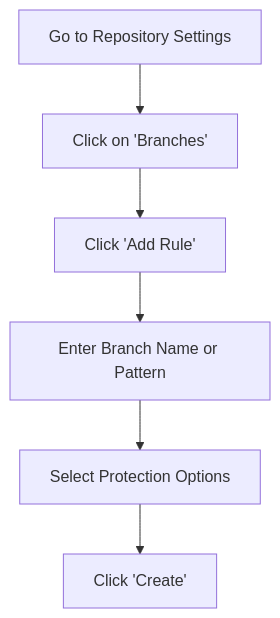
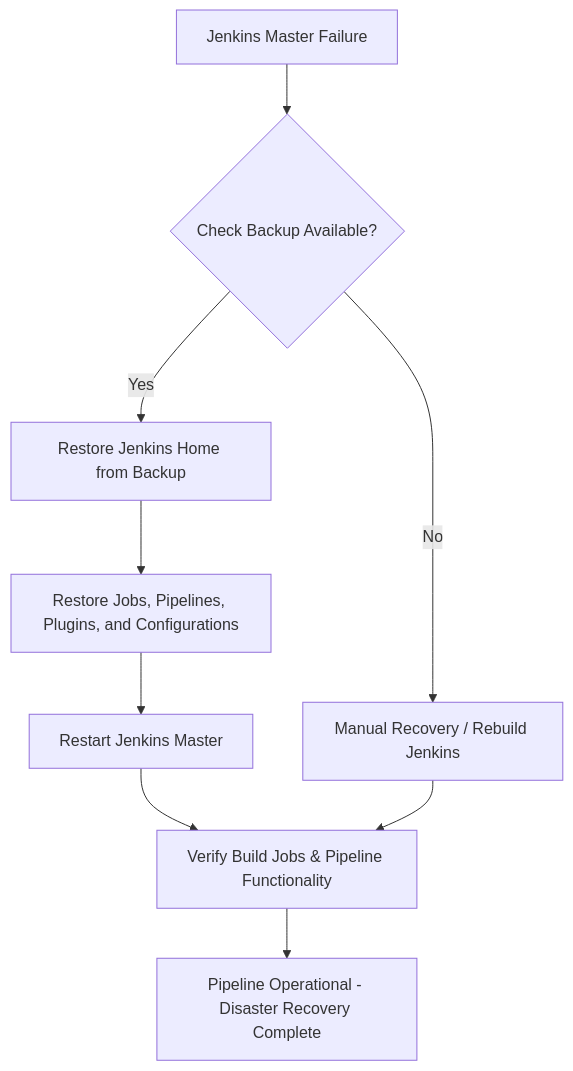
One commit to Ishaan-Dev5/sanatak changed the diagram in sprint-2/jenkinsDR.md. Above: the diagram before and after it, drawn with Mermaid. The commit also changed other lines of this file, not shown here.

````diff
--- a/sprint-2/jenkinsDR.md
+++ b/sprint-2/jenkinsDR.md
@@ -72,10 +74,13 @@
 ```mermaid
 flowchart TD
-    A[Go to Repository Settings] --> B[Click on 'Branches']
-    B --> C[Click 'Add Rule']
-    C --> D[Enter Branch Name or Pattern]
-    D --> E[Select Protection Options]
-    E --> F[Click 'Create']
+    A[Jenkins Master Failure] --> B{Check Backup Available?}
+    B -- Yes --> C[Restore Jenkins Home from Backup]
+    B -- No --> D[Manual Recovery / Rebuild Jenkins]
+    C --> E[Restore Jobs, Pipelines, Plugins, and Configurations]
+    E --> F[Restart Jenkins Master]
+    F --> G[Verify Build Jobs & Pipeline Functionality]
+    D --> G
+    G --> H[Pipeline Operational - Disaster Recovery Complete]
 
   
 ```
````
